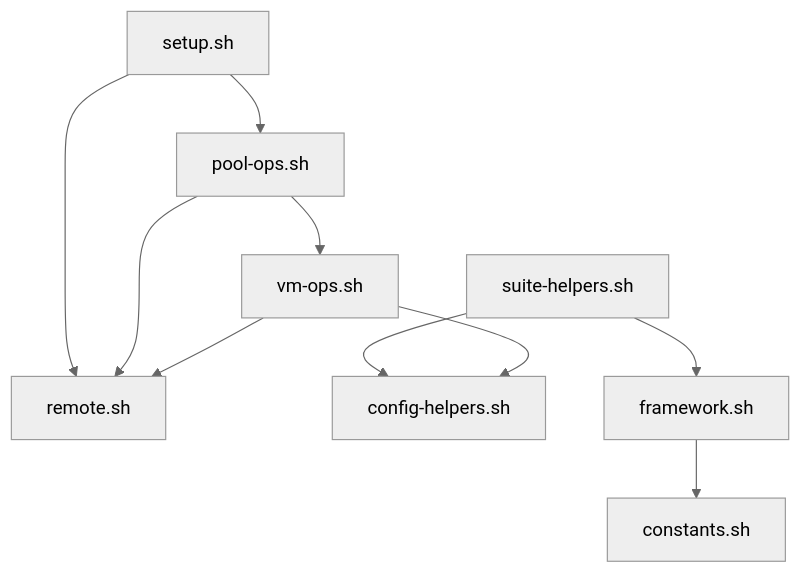
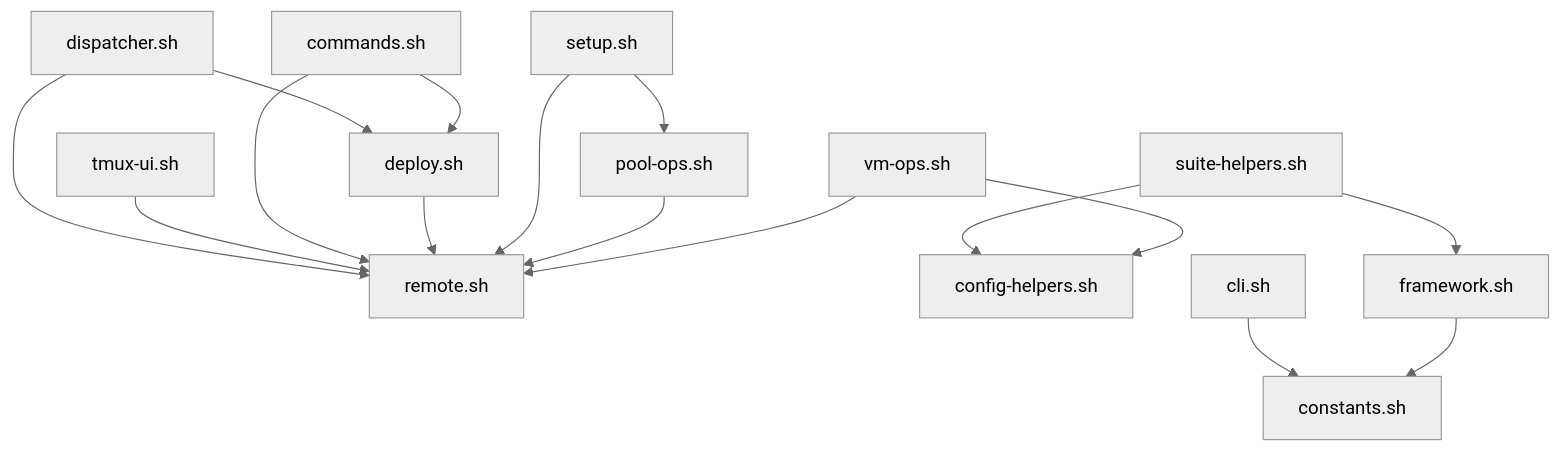
Before and after one commit to sjbylo/aba: the third of 3 diagrams in test/e2e/v2/dev/SPEC.md, drawn with Mermaid (neutral theme). The commit also changed other lines of this file and 8 other files, not shown here.

````diff
--- a/test/e2e/v2/dev/SPEC.md
+++ b/test/e2e/v2/dev/SPEC.md
@@ -1100,21 +1409,32 @@
 ```mermaid
 flowchart TD
     constants["constants.sh"]
     remote["remote.sh"]
     config["config-helpers.sh"]
     fw["framework.sh"]
     vmops["vm-ops.sh"]
     poolops["pool-ops.sh"]
     setup["setup.sh"]
     suitehelp["suite-helpers.sh"]
+    cli["cli.sh"]
+    deploy["deploy.sh"]
+    commands["commands.sh"]
+    tmuxui["tmux-ui.sh"]
+    dispatcher["dispatcher.sh"]
 
     fw --> constants
     vmops --> remote
     vmops --> config
-    poolops --> vmops
     poolops --> remote
     setup --> remote
     setup --> poolops
     suitehelp --> fw
     suitehelp --> config
+    cli --> constants
+    deploy --> remote
+    commands --> remote
+    commands --> deploy
+    tmuxui --> remote
+    dispatcher --> remote
+    dispatcher --> deploy
 ```
````
